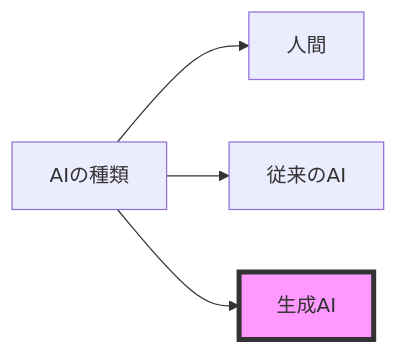
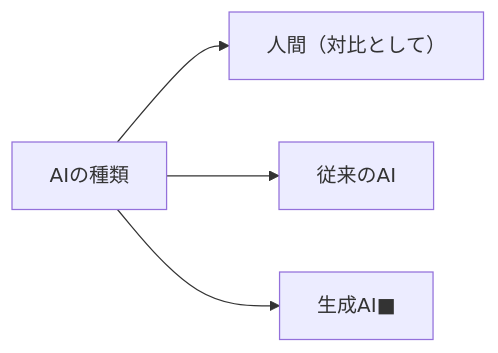
One commit to SparklingDetergent/doc_genai_Using_Generative_AI_with_Mac_Mini_-Introduction- changed the first of 10 diagrams in README.md. Above: the diagram before and after it, drawn with Mermaid. The commit also changed other lines of this file, not shown here.

````diff
--- a/README.md
+++ b/README.md
@@ -14,7 +13,6 @@
 ```mermaid
 graph LR
-    A[AIの種類] --> B[人間]
+    A[AIの種類] --> B[人間（対比として）]
     A --> C[従来のAI]
-    A --> D[生成AI]
-    style D fill:#f9f,stroke:#333,stroke-width:4px
+    A --> D[生成AI■]
 ```
````
